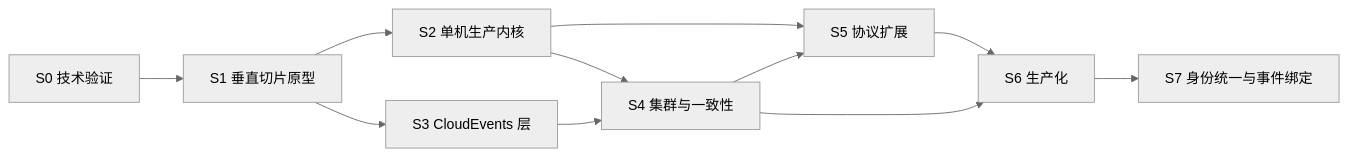
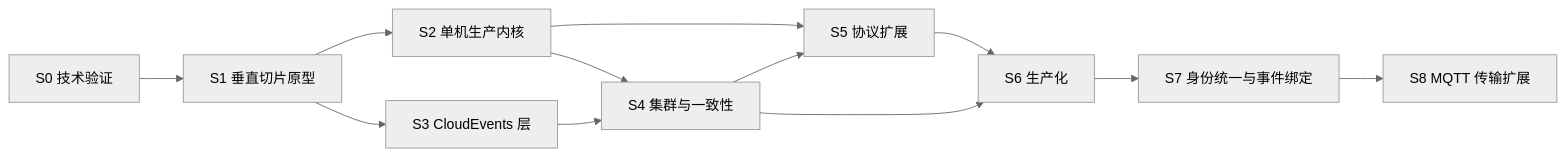
One commit to wanliofficial/unified-mq changed the diagram in docs/roadmap.md. Above: the diagram before and after it, drawn with Mermaid (neutral theme). The commit also changed other lines of this file and 8 other files, not shown here.

First line of the commit message:
docs(s8): close S8 -- roadmap gate, ADR-022/023/024, README matrix

````diff
--- a/docs/roadmap.md
+++ b/docs/roadmap.md
@@ -21,13 +21,14 @@
 ```mermaid
 flowchart LR
     S0[S0 技术验证] --> S1[S1 垂直切片原型]
     S1 --> S2[S2 单机生产内核]
     S1 --> S3[S3 CloudEvents 层]
     S2 --> S4[S4 集群与一致性]
     S3 --> S4
     S2 --> S5[S5 协议扩展]
     S4 --> S5
     S5 --> S6[S6 生产化]
     S4 --> S6
     S6 --> S7[S7 身份统一与事件绑定]
+    S7 --> S8[S8 MQTT 传输扩展]
 ```
````
